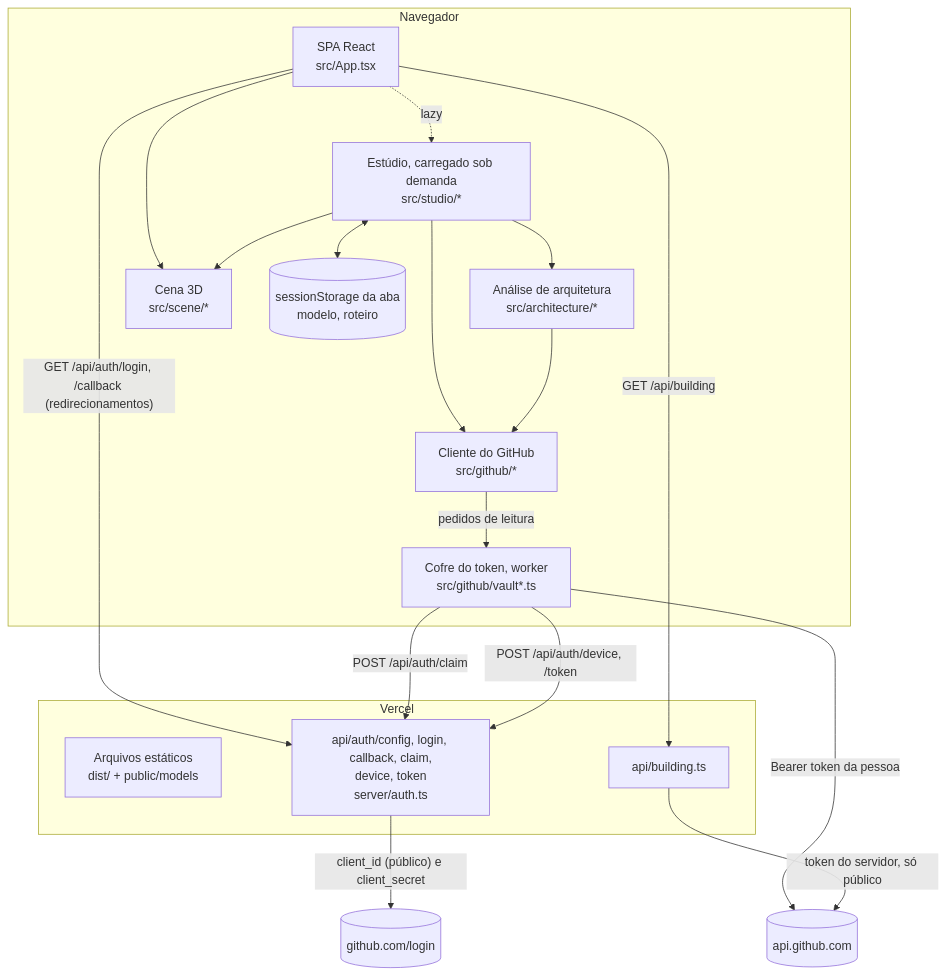
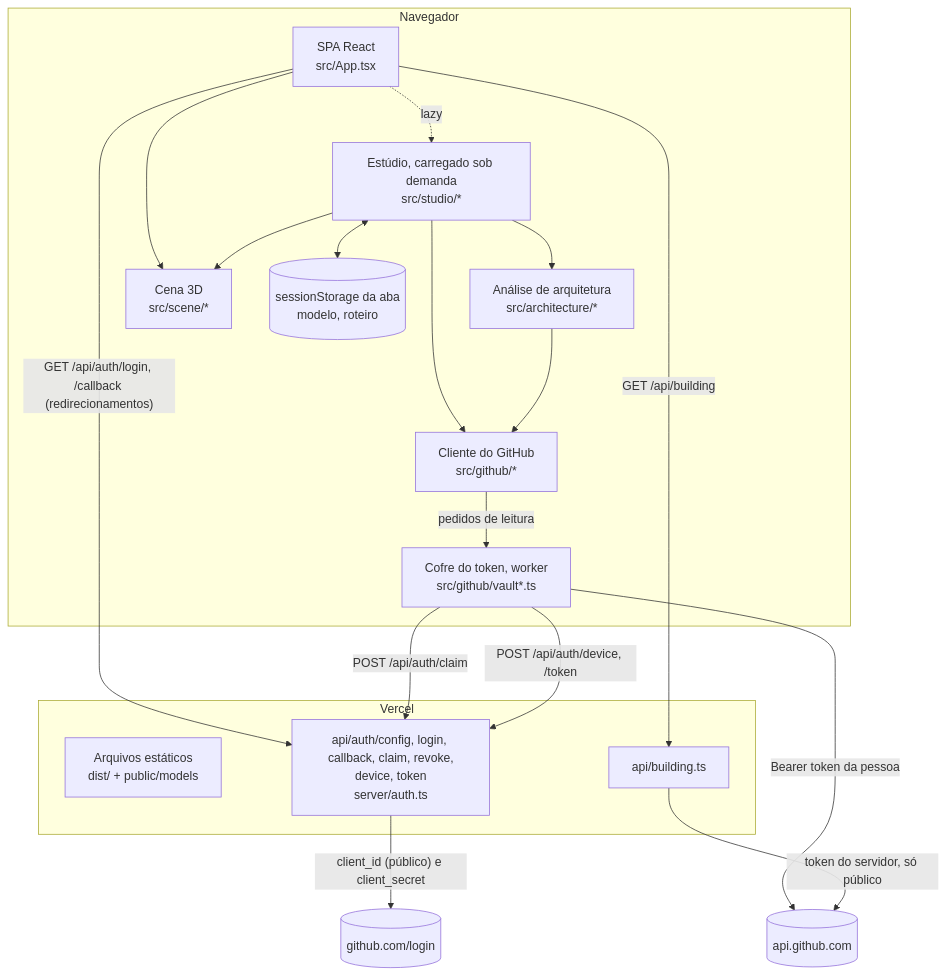
Before and after one commit to Yourdevdaniel/repartments: the second of 5 diagrams in docs/arquitetura.md, drawn with Mermaid. The commit also changed other lines of this file and 9 other files, not shown here.

````diff
--- a/docs/arquitetura.md
+++ b/docs/arquitetura.md
@@ -62,33 +62,33 @@
 ```mermaid
 flowchart TB
   subgraph browser[Navegador]
     spa[SPA React<br/>src/App.tsx]
     studio[Estúdio, carregado sob demanda<br/>src/studio/*]
     engine[Análise de arquitetura<br/>src/architecture/*]
     ghclient[Cliente do GitHub<br/>src/github/*]
     scene[Cena 3D<br/>src/scene/*]
     vault[Cofre do token, worker<br/>src/github/vault*.ts]
     tab[(sessionStorage da aba<br/>modelo, roteiro)]
   end
   subgraph vercel[Vercel]
     static[Arquivos estáticos<br/>dist/ + public/models]
     fn_building[api/building.ts]
-    fn_auth[api/auth/config, login, callback, claim,<br/>device, token<br/>server/auth.ts]
+    fn_auth[api/auth/config, login, callback, claim, revoke,<br/>device, token<br/>server/auth.ts]
   end
   gh[(api.github.com)]
   ghlogin[(github.com/login)]
 
   spa --> scene
   spa -. "lazy" .-> studio
   studio --> engine & ghclient & scene
   studio <--> tab
   ghclient -- "pedidos de leitura" --> vault
   vault -- "Bearer token da pessoa" --> gh
   engine --> ghclient
   spa -- "GET /api/building" --> fn_building
   fn_building -- "token do servidor, só público" --> gh
   spa -- "GET /api/auth/login, /callback (redirecionamentos)" --> fn_auth
   vault -- "POST /api/auth/claim" --> fn_auth
   vault -- "POST /api/auth/device, /token" --> fn_auth
   fn_auth -- "client_id (público) e client_secret" --> ghlogin
 ```
````
